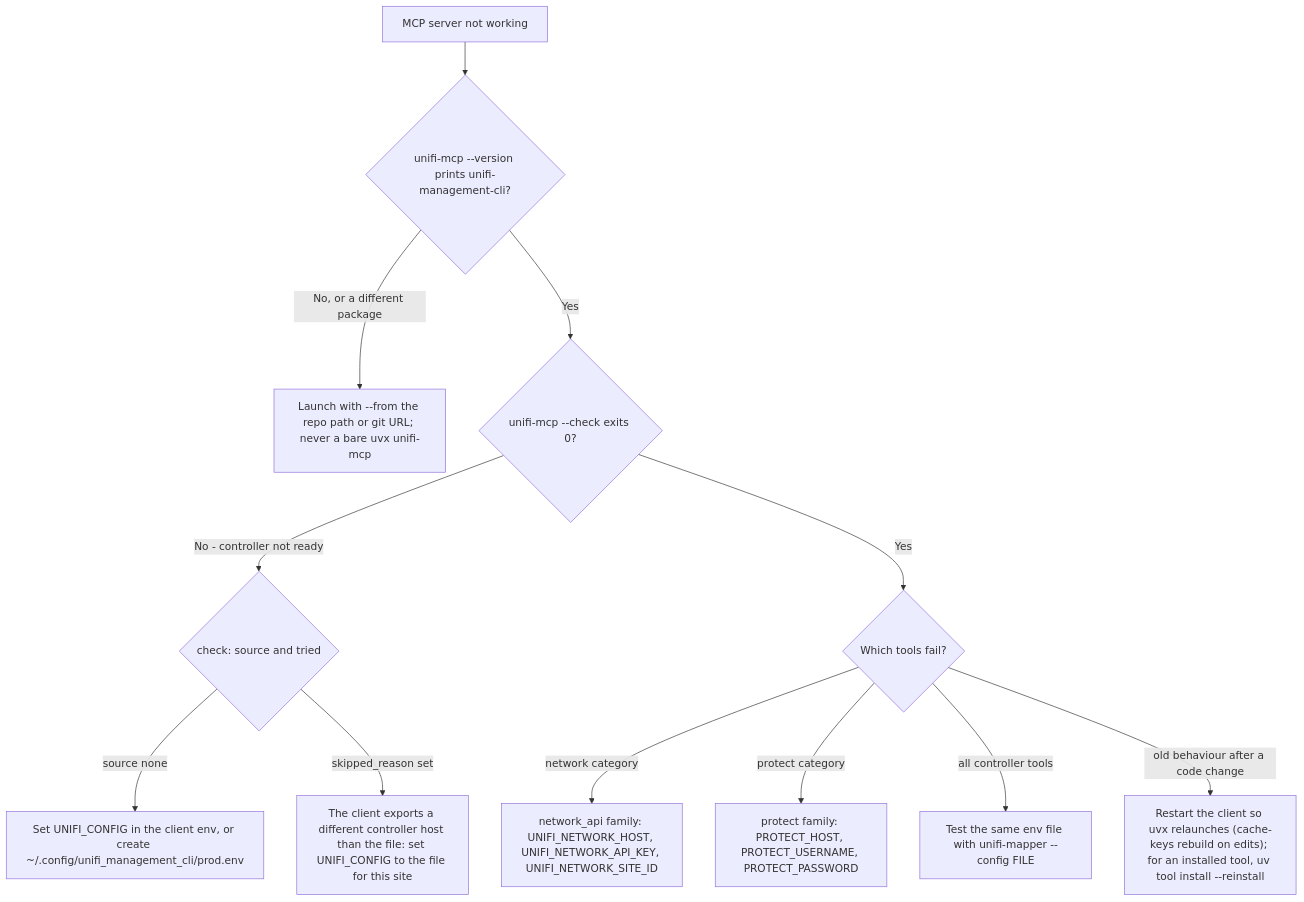
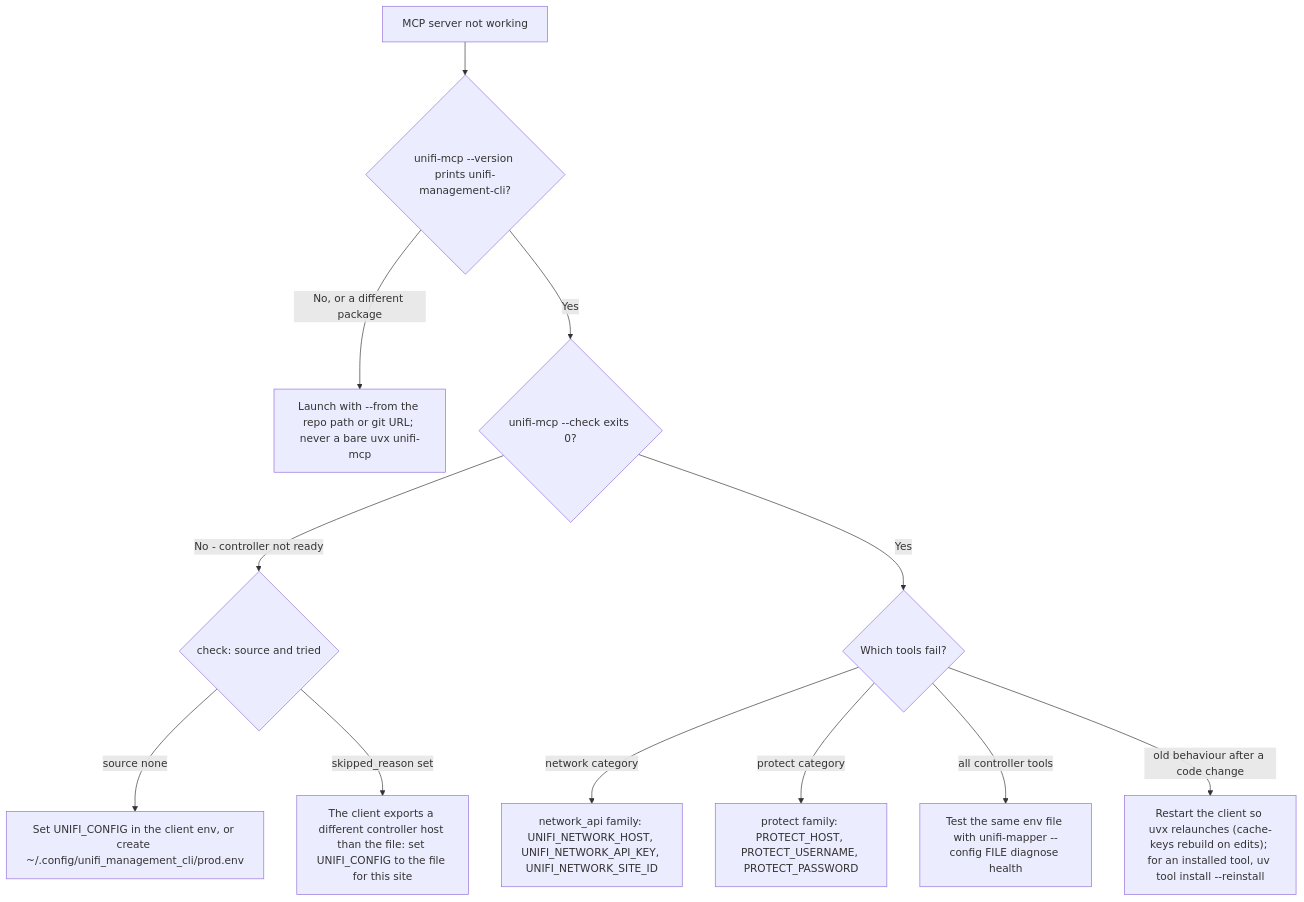
Before and after one commit to NetDevAutomate/unifi_management_cli: the ninth of 14 diagrams in docs/operations/troubleshooting-and-runbook.md, drawn with Mermaid. The commit also changed other lines of this file and 1 other file, not shown here.

````diff
--- a/docs/operations/troubleshooting-and-runbook.md
+++ b/docs/operations/troubleshooting-and-runbook.md
@@ -621,14 +676,14 @@
 ```mermaid
 flowchart TD
     A[MCP server not working] --> B{"unifi-mcp --version prints unifi-management-cli?"}
     B -->|No, or a different package| C["Launch with --from the repo path or git URL; never a bare uvx unifi-mcp"]
     B -->|Yes| D{"unifi-mcp --check exits 0?"}
     D -->|No - controller not ready| E{"check: source and tried"}
     E -->|source none| F[Set UNIFI_CONFIG in the client env, or create ~/.config/unifi_management_cli/prod.env]
     E -->|skipped_reason set| G[The client exports a different controller host than the file: set UNIFI_CONFIG to the file for this site]
     D -->|Yes| H{Which tools fail?}
     H -->|network category| I[network_api family: UNIFI_NETWORK_HOST, UNIFI_NETWORK_API_KEY, UNIFI_NETWORK_SITE_ID]
     H -->|protect category| J[protect family: PROTECT_HOST, PROTECT_USERNAME, PROTECT_PASSWORD]
-    H -->|all controller tools| K["Test the same env file with unifi-mapper --config FILE"]
+    H -->|all controller tools| K["Test the same env file with unifi-mapper --config FILE diagnose health"]
     H -->|old behaviour after a code change| L["Restart the client so uvx relaunches (cache-keys rebuild on edits); for an installed tool, uv tool install --reinstall"]
 ```
````
